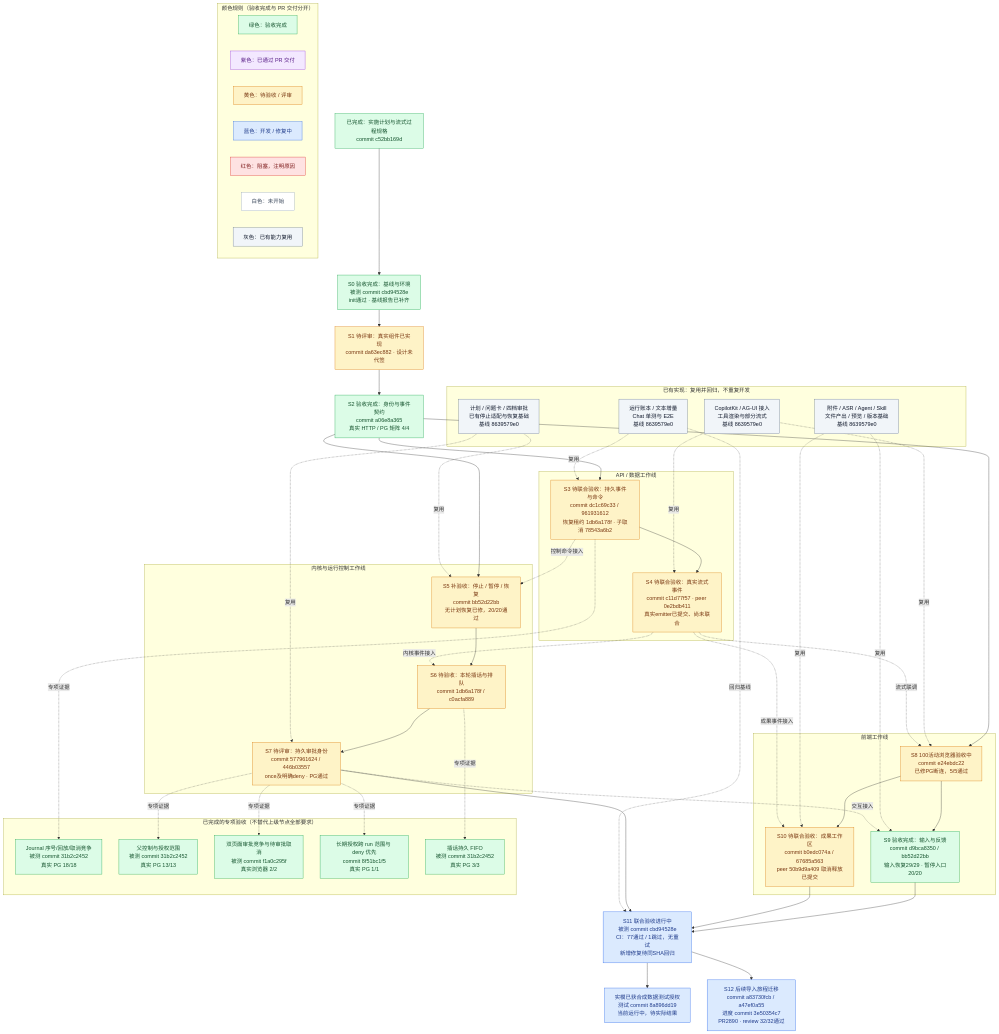
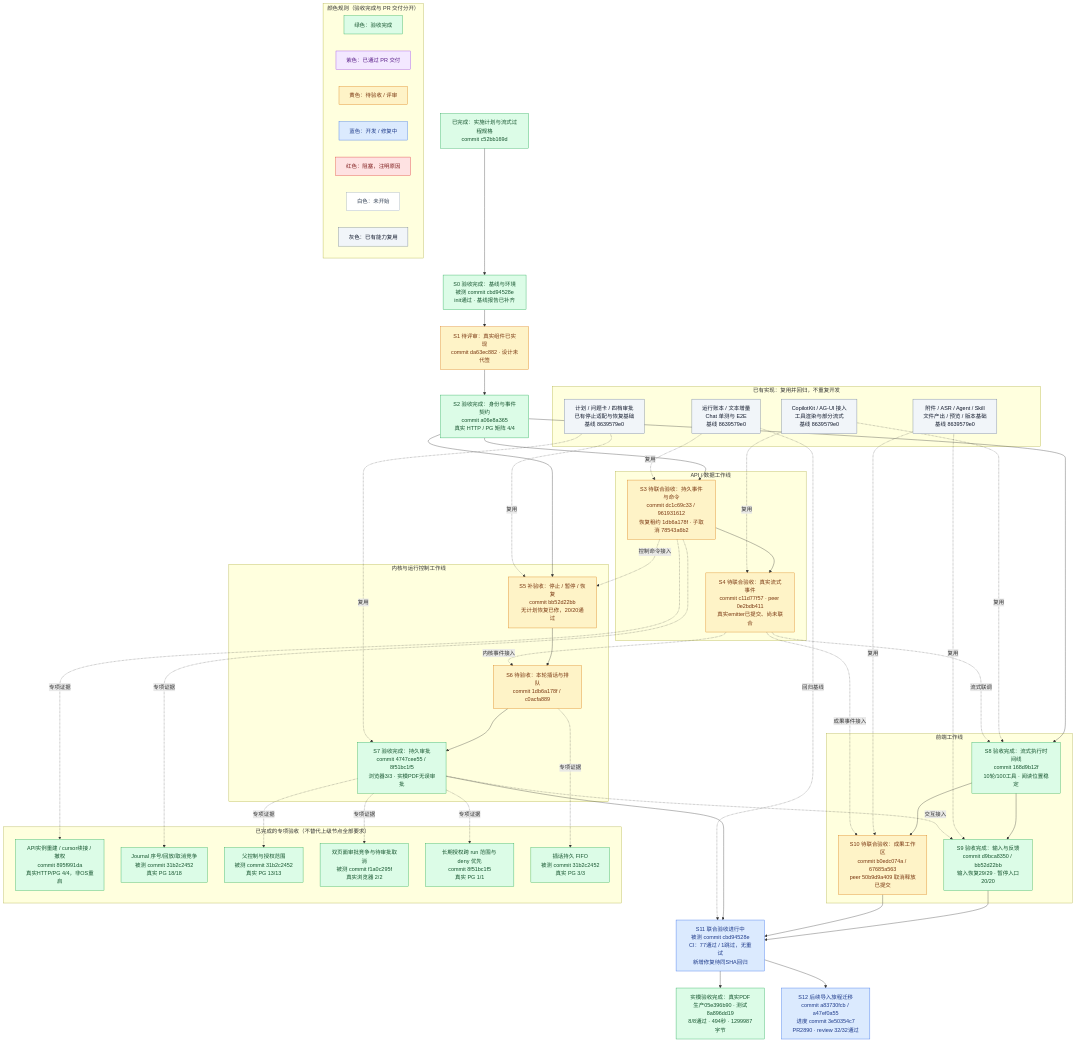
Before and after one commit to boardx/workspacex: the first of 2 diagrams in docs/design/agent-workbench-upgrade-plan-2026-09-06.md, drawn with Mermaid. The commit also changed other lines of this file and 3 other files, not shown here.

```diff
--- a/docs/design/agent-workbench-upgrade-plan-2026-09-06.md
+++ b/docs/design/agent-workbench-upgrade-plan-2026-09-06.md
@@ -22,7 +22,7 @@
   S1 --> S2["S2 验收完成：身份与事件契约\ncommit a06e8a365\n真实 HTTP / PG 矩阵 4/4"]:::done
 
   subgraph FE["前端工作线"]
-    S8["S8 100活动浏览器验收中\ncommit e24ebdc22\n已修PG断连，5/5通过"]:::verify
+    S8["S8 验收完成：流式执行时间线\ncommit 168d9b12f\n10轮/100工具 · 阅读位置稳定"]:::done
     S9["S9 验收完成：输入与反馈\ncommit d9bca8350 / bb52d22bb\n输入恢复29/29 · 暂停入口20/20"]:::done
     S10["S10 待联合验收：成果工作区\ncommit b0edc074a / 67685a563\npeer 50b9d9a409 取消释放已提交"]:::verify
     S8 --> S9
@@ -38,7 +38,7 @@
   subgraph ENGINE["内核与运行控制工作线"]
     S5["S5 补验收：停止 / 暂停 / 恢复\ncommit bb52d22bb\n无计划恢复已修，20/20通过"]:::verify
     S6["S6 待验收：本轮插话与排队\ncommit 1db6a178f / c0acfa889"]:::verify
-    S7["S7 待评审：持久审批身份\ncommit 577961624 / 446b03557\nonce及明确deny · PG通过"]:::verify
+    S7["S7 验收完成：持久审批\ncommit 4747cee55 / 8f51bc1f5\n浏览器3/3 · 实模PDF无误审批"]:::done
     S5 --> S6 --> S7
   end
 
@@ -59,13 +59,14 @@
   S7 -.交互接入.-> S9
 
   S9 --> S11["S11 联合验收进行中\n被测 commit cbd94528e\nCI：77通过 / 1跳过，无重试\n新增修复待同SHA回归"]:::active
-  S11 --> RM["实模已获合成数据测试授权\n测试 commit 8a896dd19\n当前运行中，待实际结果"]:::active
+  S11 --> RM["实模验收完成：真实PDF\n生产05e396b90 · 测试8a896dd19\n8/8通过 · 494秒 · 1299987字节"]:::done
   S10 --> S11
   S7 --> S11
   R4 -.回归基线.-> S11
   S11 --> S12["S12 后续导入旅程迁移\ncommit a83730fcb / a47ef0a55\n进度 commit 3e50354c7\nPR2890 · review 32/32通过"]:::active
 
   subgraph ACCEPTED["已完成的专项验收（不替代上级节点全部要求）"]
+    VI["API实例重建 / cursor续接 / 撤权\ncommit 895f991da\n真实HTTP/PG 4/4，非OS重启"]:::done
     VJ["Journal 序号/回放/取消竞争\n被测 commit 31b2c2452\n真实 PG 18/18"]:::done
     VP["父控制与授权范围\n被测 commit 31b2c2452\n真实 PG 13/13"]:::done
     VA["双页面审批竞争与待审批取消\n被测 commit f1a0c295f\n真实浏览器 2/2"]:::done
@@ -73,6 +74,7 @@
     VF["插话持久 FIFO\n被测 commit 31b2c2452\n真实 PG 3/3"]:::done
   end
   S3 -.专项证据.-> VJ
+  S3 -.专项证据.-> VI
   S7 -.专项证据.-> VP
   S6 -.专项证据.-> VF
   S7 -.专项证据.-> VA
```
